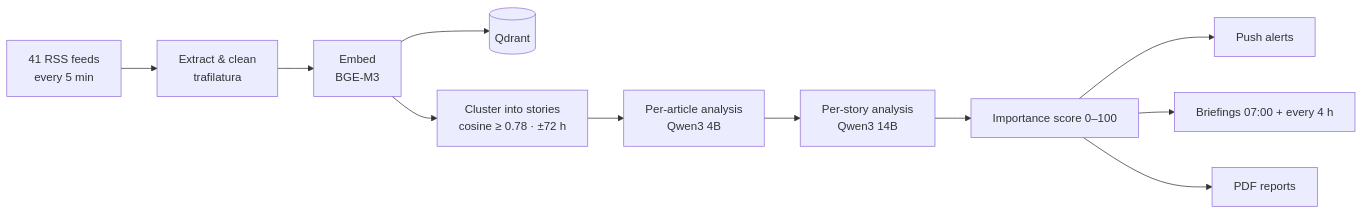
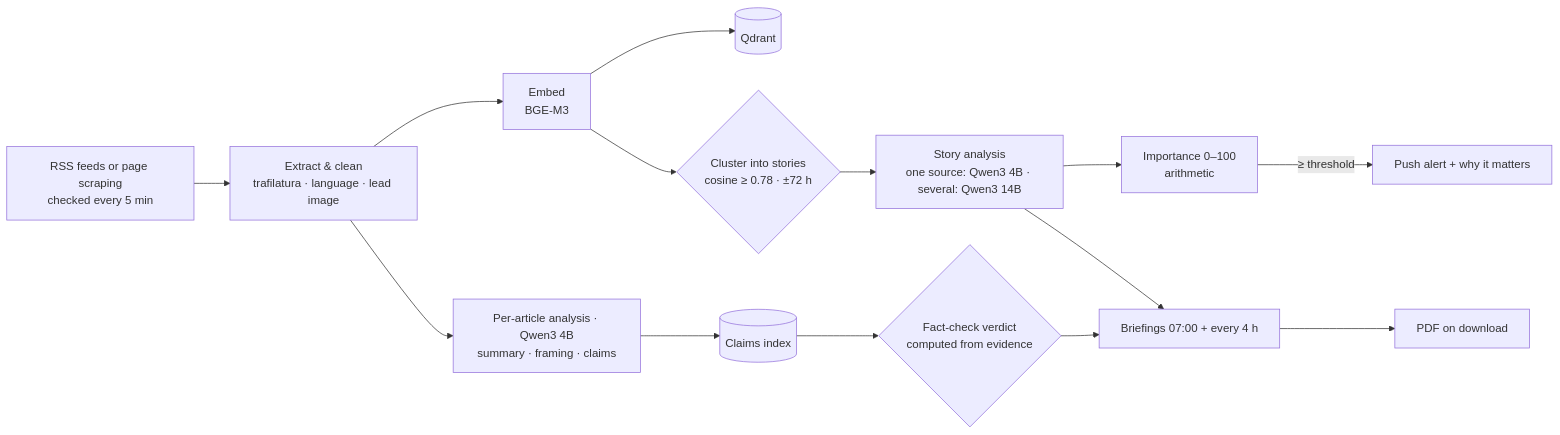
The second of 6 diagrams in README.md (North-Lab-RO/north-lab-ro.github.io), drawn with Mermaid before and after one commit. The commit also changed other lines of this file and 25 other files, not shown here.

First line of the commit message:
In-depth workflow diagrams for every product, traced from the source

````diff
--- a/README.md
+++ b/README.md
@@ -186,13 +188,15 @@
 ```mermaid
 flowchart LR
-    A[41 RSS feeds<br/>every 5 min] --> B[Extract & clean<br/>trafilatura]
-    B --> C[Embed<br/>BGE-M3]
-    C --> Q[(Qdrant)]
-    C --> D[Cluster into stories<br/>cosine ≥ 0.78 · ±72 h]
-    D --> E[Per-article analysis<br/>Qwen3 4B]
-    E --> F[Per-story analysis<br/>Qwen3 14B]
-    F --> S[Importance score 0–100]
-    S --> H[Push alerts]
-    S --> I[Briefings 07:00 + every 4 h]
-    S --> J[PDF reports]
+    A[RSS feeds or page scraping<br/>checked every 5 min] --> B[Extract & clean<br/>trafilatura · language · lead image]
+    B --> C[Embed<br/>BGE-M3] --> Q[(Qdrant)]
+    C --> D{Cluster into stories<br/>cosine ≥ 0.78 · ±72 h}
+    D --> F[Story analysis<br/>one source: Qwen3 4B · several: Qwen3 14B]
+    B --> E[Per-article analysis · Qwen3 4B<br/>summary · framing · claims]
+    E --> CL[(Claims index)]
+    F --> S[Importance 0–100<br/>arithmetic]
+    S -- "≥ threshold" --> H[Push alert + why it matters]
+    F --> I[Briefings 07:00 + every 4 h]
+    CL --> V{Fact-check verdict<br/>computed from evidence}
+    V --> I
+    I --> J[PDF on download]
 ```
````
